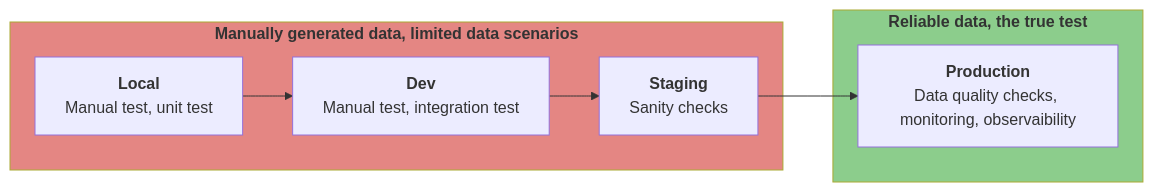
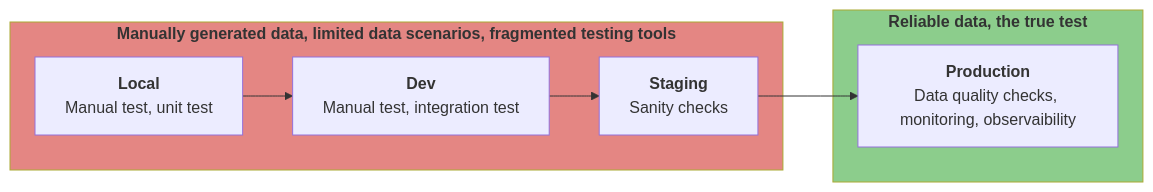
One commit to data-catering/data-caterer-docs changed the first of 2 diagrams in docs/use-case/blog/shift-left-data-quality.md. Above: the diagram before and after it, drawn with Mermaid. The commit also changed other lines of this file and 52 other files, not shown here.

Commit message:
Add in column name validations, add in data catering to comparison list, add in more diagrams to show how data caterer works

````diff
--- a/docs/use-case/blog/shift-left-data-quality.md
+++ b/docs/use-case/blog/shift-left-data-quality.md
@@ -12,19 +16,19 @@
 ``` mermaid
 graph LR
-  subgraph badQualityData[<b>Manually generated data, limited data scenarios</b>]
+  subgraph badQualityData[<b>Manually generated data, limited data scenarios, fragmented testing tools</b>]
   local[<b>Local</b>\nManual test, unit test]
   dev[<b>Dev</b>\nManual test, integration test]
   stg[<b>Staging</b>\nSanity checks]
   end
   
   subgraph qualityData[<b>Reliable data, the true test</b>]
   prod[<b>Production</b>\nData quality checks, monitoring, observaibility]
   end
   
   style badQualityData fill:#d9534f,fill-opacity:0.7
   style qualityData fill:#5cb85c,fill-opacity:0.7
   
   local --> dev
   dev --> stg
   stg --> prod
 ```
````
